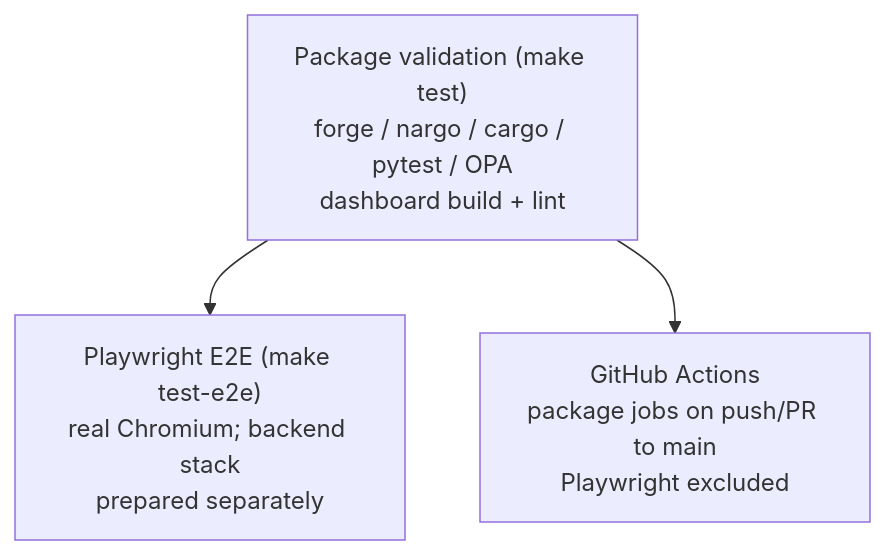
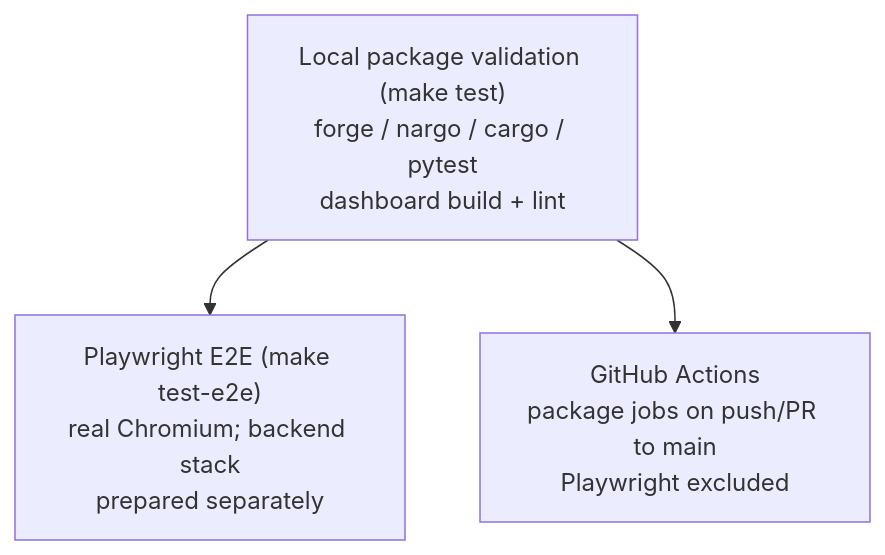
The diagram in docs/wiki/concepts/testing-strategy.md (XibalbaTechSol/integrity-core), drawn with Mermaid before and after one commit. The commit also changed other lines of this file and 141 other files, not shown here.

````diff
--- a/docs/wiki/concepts/testing-strategy.md
+++ b/docs/wiki/concepts/testing-strategy.md
@@ -31,9 +31,9 @@
 ```mermaid
 flowchart TB
-    L1["Package validation (make test)<br/>forge / nargo / cargo / pytest / OPA<br/>dashboard build + lint"]
+    L1["Local package validation (make test)<br/>forge / nargo / cargo / pytest<br/>dashboard build + lint"]
     L2["Playwright E2E (make test-e2e)<br/>real Chromium; backend stack<br/>prepared separately"]
     L3["GitHub Actions<br/>package jobs on push/PR to main<br/>Playwright excluded"]
 
     L1 --> L2
     L1 --> L3
 ```
````
